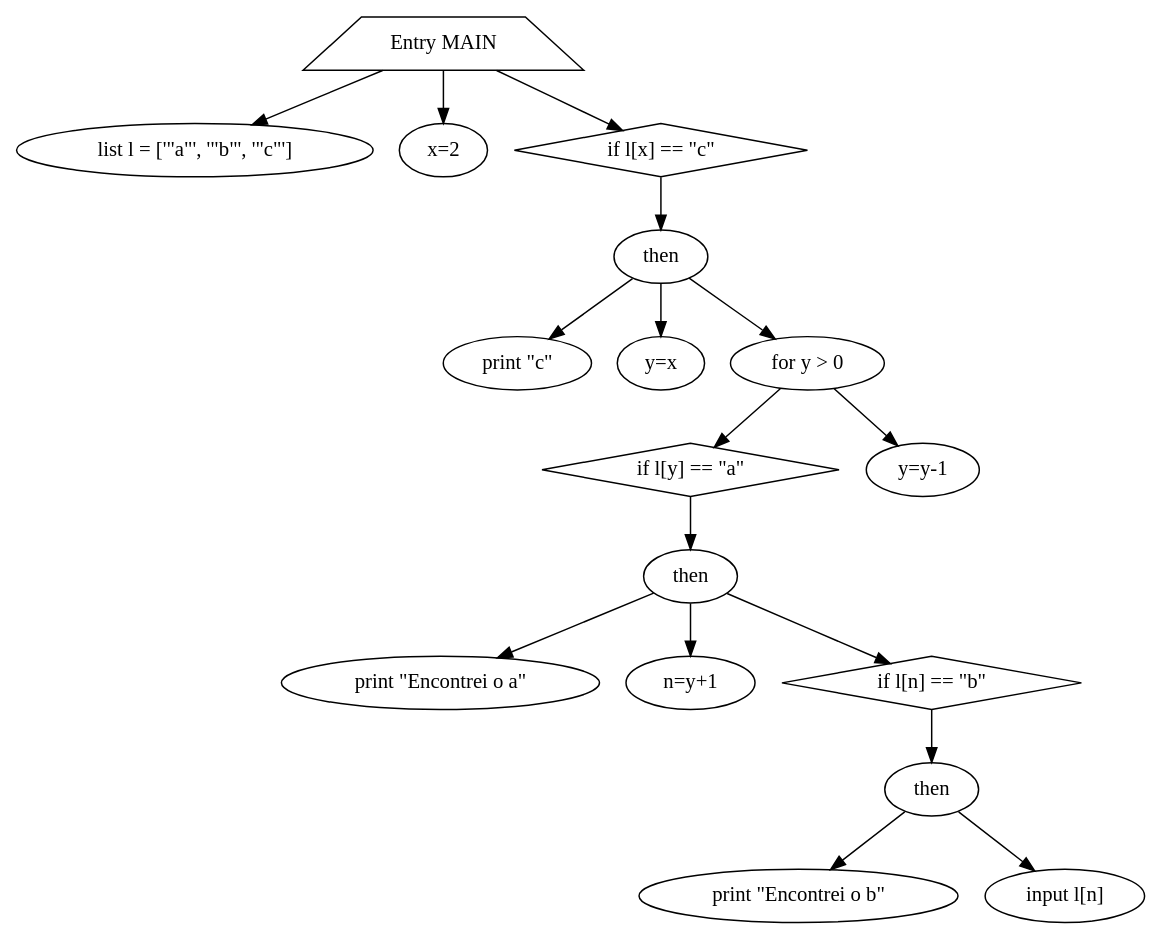
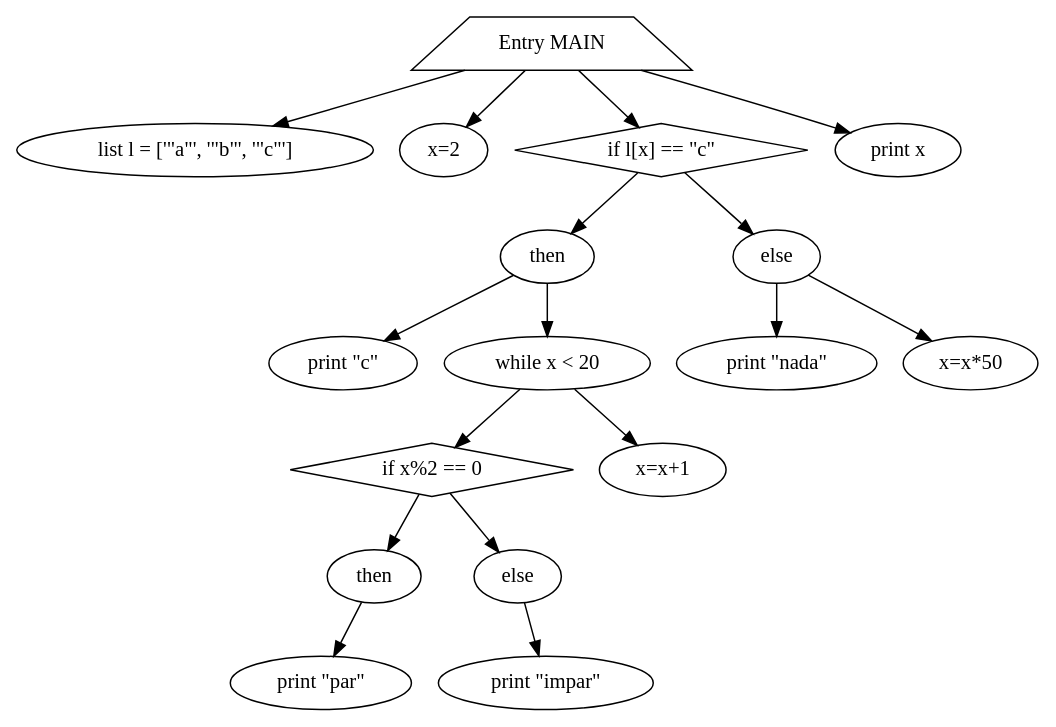
The diagram in TP3/sdg.dot (joaoprp111/TP-EngenhariaGramatical-2022), drawn with Graphviz before and after one commit. The commit also changed 8 other files, not shown here.

```diff
--- a/TP3/sdg.dot
+++ b/TP3/sdg.dot
@@ -1,35 +1,35 @@
 digraph sdg {
 	0 [label="Entry MAIN" shape=trapezium]
 	1 [label="list l = ['\"a\"', '\"b\"', '\"c\"']"]
 	0 -> 1
 	2 [label="x=2"]
 	0 -> 2
 	3 [label="if l[x] == \"c\"" shape=diamond]
 	4 [label=then]
 	3 -> 4
 	5 [label="print \"c\""]
 	4 -> 5
-	6 [label="y=x"]
+	6 [label="while x < 20"]
 	4 -> 6
-	7 [label="for y > 0"]
-	4 -> 7
-	8 [label="if l[y] == \"a\"" shape=diamond]
-	9 [label=then]
+	7 [label="if x%2 == 0" shape=diamond]
+	8 [label=then]
+	7 -> 8
+	9 [label="print \"par\""]
 	8 -> 9
-	10 [label="print \"Encontrei o a\""]
-	9 -> 10
-	11 [label="n=y+1"]
-	9 -> 11
-	12 [label="if l[n] == \"b\"" shape=diamond]
-	13 [label=then]
-	12 -> 13
-	14 [label="print \"Encontrei o b\""]
+	10 [label=else]
+	7 -> 10
+	11 [label="print \"impar\""]
+	10 -> 11
+	6 -> 7
+	12 [label="x=x+1"]
+	6 -> 12
+	13 [label=else]
+	3 -> 13
+	14 [label="print \"nada\""]
 	13 -> 14
-	15 [label="input l[n]"]
+	15 [label="x=x*50"]
 	13 -> 15
-	9 -> 12
-	7 -> 8
-	16 [label="y=y-1"]
-	7 -> 16
 	0 -> 3
+	16 [label="print x"]
+	0 -> 16
 }
```
